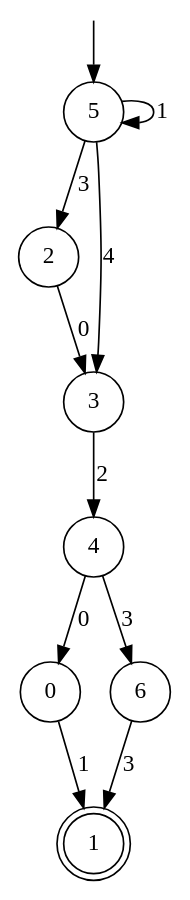
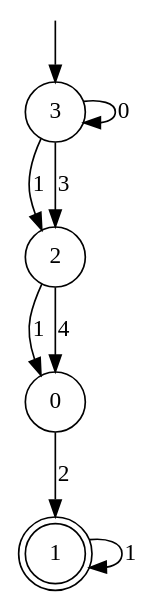
One commit to xinqin23/ShapeIt changed the diagram in automaton_to_regex/automaton.dot. Above: the diagram before and after it, drawn with Graphviz. The commit also changed 108 other files, not shown here.

```diff
--- a/automaton_to_regex/automaton.dot
+++ b/automaton_to_regex/automaton.dot
@@ -1,23 +1,18 @@
 digraph g {
 
 	s0 [shape="circle" label="0"];
 	s1 [shape="doublecircle" label="1"];
 	s2 [shape="circle" label="2"];
 	s3 [shape="circle" label="3"];
-	s4 [shape="circle" label="4"];
-	s5 [shape="circle" label="5"];
-	s6 [shape="circle" label="6"];
-	s0 -> s1 [label="1"];
-	s2 -> s3 [label="0"];
-	s3 -> s4 [label="2"];
-	s4 -> s0 [label="0"];
-	s4 -> s6 [label="3"];
-	s5 -> s5 [label="1"];
-	s5 -> s2 [label="3"];
-	s5 -> s3 [label="4"];
-	s6 -> s1 [label="3"];
+	s0 -> s1 [label="2"];
+	s1 -> s1 [label="1"];
+	s2 -> s0 [label="1"];
+	s2 -> s0 [label="4"];
+	s3 -> s3 [label="0"];
+	s3 -> s2 [label="1"];
+	s3 -> s2 [label="3"];
 
 __start0 [label="" shape="none" width="0" height="0"];
-__start0 -> s5;
+__start0 -> s3;
 
 }
```
